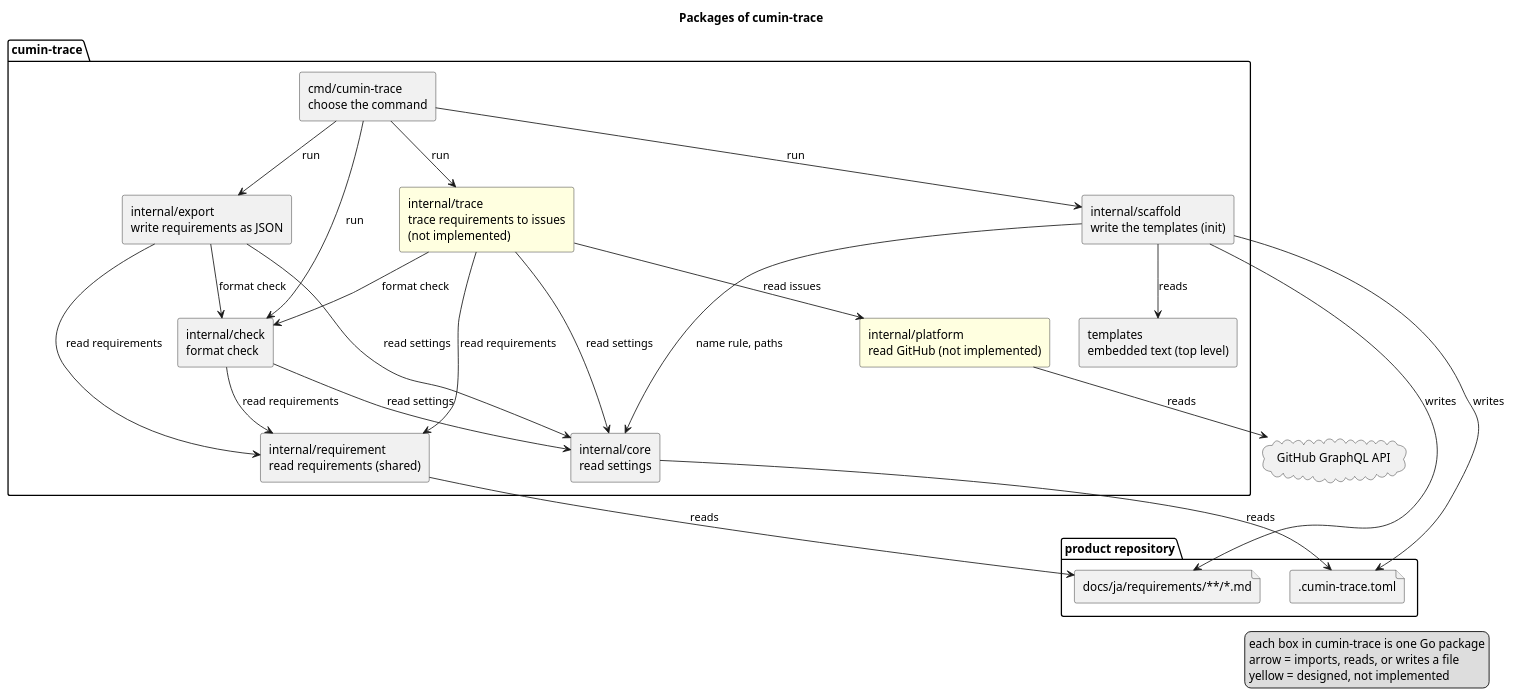
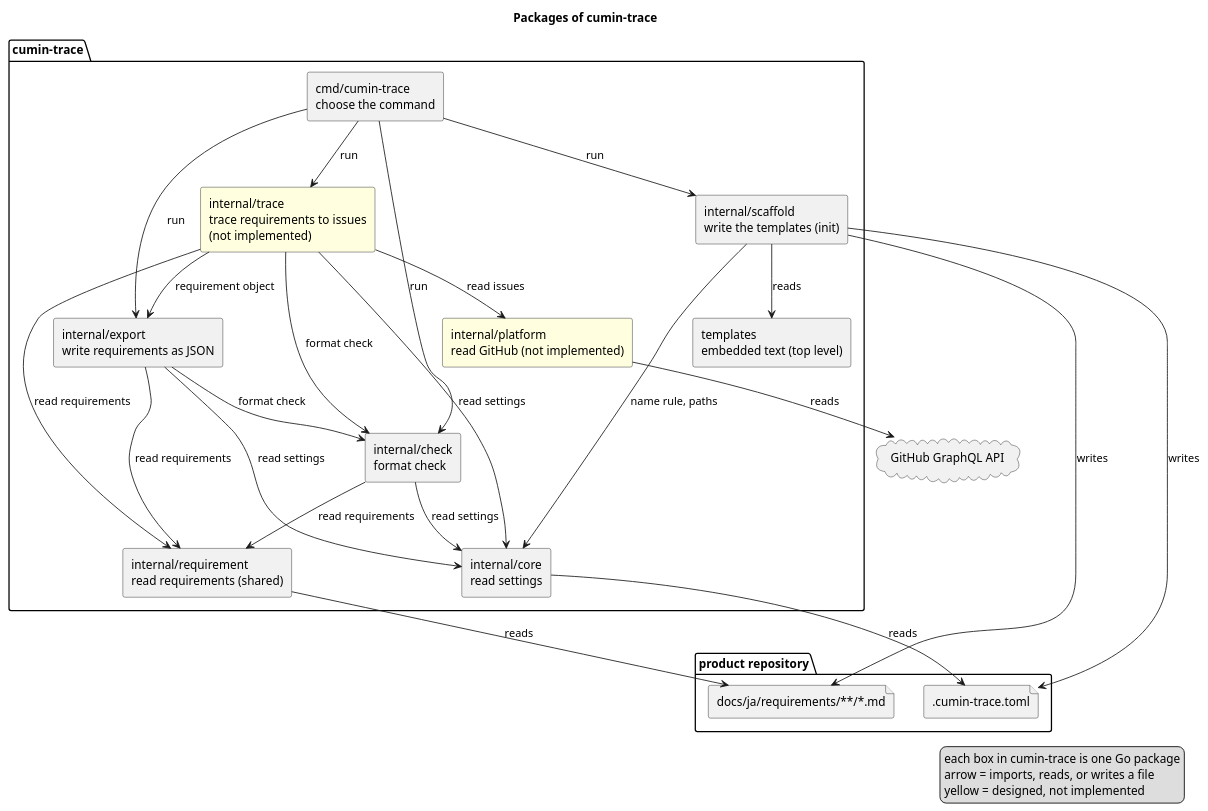
The diagram in docs/ja/architecture/overview.puml (cloveclovedev/cumin-trace), drawn with PlantUML before and after one commit. The commit also changed 11 other files, not shown here.

First line of the commit message:
feat(trace): build each requirement of the trace output on the export

```diff
--- a/docs/ja/architecture/overview.puml
+++ b/docs/ja/architecture/overview.puml
@@ -1,51 +1,52 @@
 @startuml overview
 title Packages of cumin-trace
 skinparam shadowing false
 skinparam componentStyle rectangle
 
 package "product repository" {
   file ".cumin-trace.toml" as toml
   file "docs/ja/requirements/**/*.md" as docs
 }
 
 package "cumin-trace" {
   [cmd/cumin-trace\nchoose the command] as cmd
   [internal/check\nformat check] as check
   [internal/requirement\nread requirements (shared)] as requirement
   [internal/core\nread settings] as core
   [internal/export\nwrite requirements as JSON] as export
   [internal/scaffold\nwrite the templates (init)] as scaffold
   [templates\nembedded text (top level)] as templates
   [internal/trace\ntrace requirements to issues\n(not implemented)] as trace #LightYellow
   [internal/platform\nread GitHub (not implemented)] as platform #LightYellow
 }
 
 cloud "GitHub GraphQL API" as api
 
 cmd --> check : run
 cmd --> export : run
 cmd --> scaffold : run
 cmd --> trace : run
 export --> check : format check
 export --> requirement : read requirements
 export --> core : read settings
 trace --> check : format check
 trace --> requirement : read requirements
 trace --> core : read settings
+trace --> export : requirement object
 trace --> platform : read issues
 platform --> api : reads
 scaffold --> templates : reads
 scaffold --> core : name rule, paths
 scaffold --> toml : writes
 scaffold --> docs : writes
 check --> requirement : read requirements
 check --> core : read settings
 core --> toml : reads
 requirement --> docs : reads
 
 legend right
   each box in cumin-trace is one Go package
   arrow = imports, reads, or writes a file
   yellow = designed, not implemented
 endlegend
 @enduml
```
